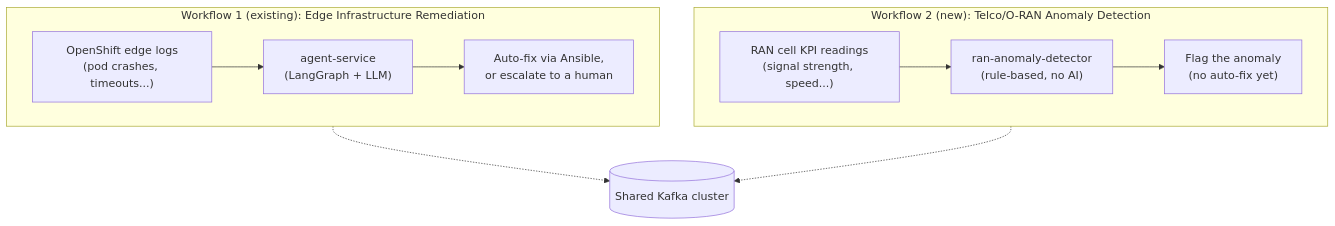
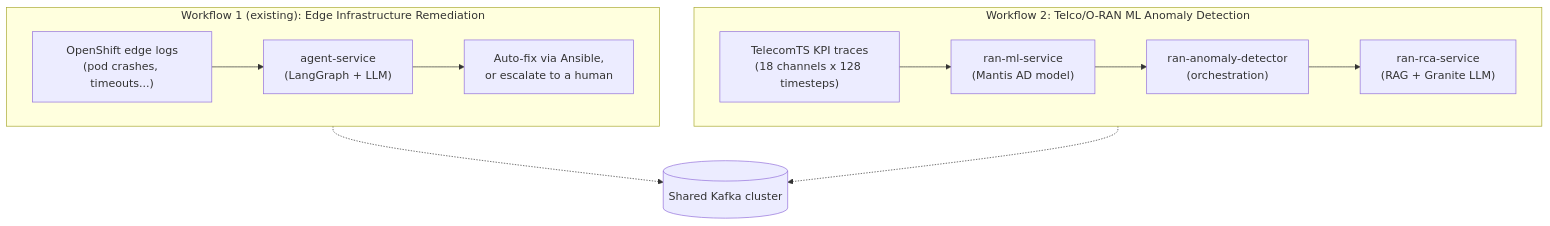
The first of 2 diagrams in docs/telco-oran-anomaly-detection.md (Alan0893/ai-driven-network-remediation), drawn with Mermaid before and after one commit. The commit also changed other lines of this file and 72 other files, not shown here.

First line of the commit message:
feat(ran-ml-service): Replace rule-based RAN detector with ML detect client and typeless schema (#161)

````diff
--- a/docs/telco-oran-anomaly-detection.md
+++ b/docs/telco-oran-anomaly-detection.md
@@ -53,16 +45,16 @@
 ```mermaid
 flowchart TB
     subgraph wf1 ["Workflow 1 (existing): Edge Infrastructure Remediation"]
         direction LR
         w1in["OpenShift edge logs\n(pod crashes, timeouts...)"] --> w1proc["agent-service\n(LangGraph + LLM)"] --> w1out["Auto-fix via Ansible,\nor escalate to a human"]
     end
 
-    subgraph wf2 ["Workflow 2 (new): Telco/O-RAN Anomaly Detection"]
+    subgraph wf2 ["Workflow 2: Telco/O-RAN ML Anomaly Detection"]
         direction LR
-        w2in["RAN cell KPI readings\n(signal strength, speed...)"] --> w2proc["ran-anomaly-detector\n(rule-based, no AI)"] --> w2out["Flag the anomaly\n(no auto-fix yet)"]
+        w2in["TelecomTS KPI traces\n(18 channels x 128 timesteps)"] --> w2ml["ran-ml-service\n(Mantis AD model)"] --> w2det["ran-anomaly-detector\n(orchestration)"] --> w2rca["ran-rca-service\n(RAG + Granite LLM)"]
     end
 
     kafka[("Shared Kafka cluster")]
     wf1 -.-> kafka
     wf2 -.-> kafka
 ```
````
